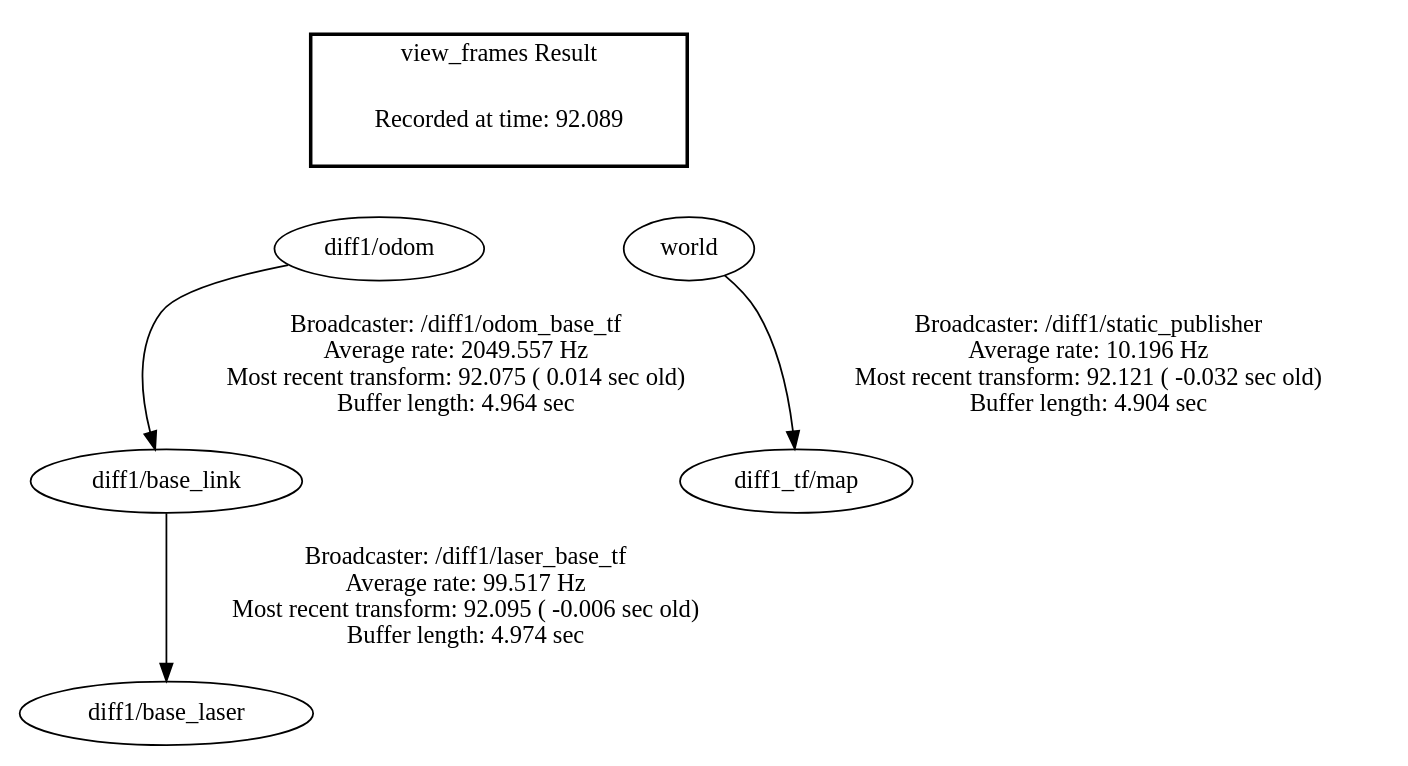
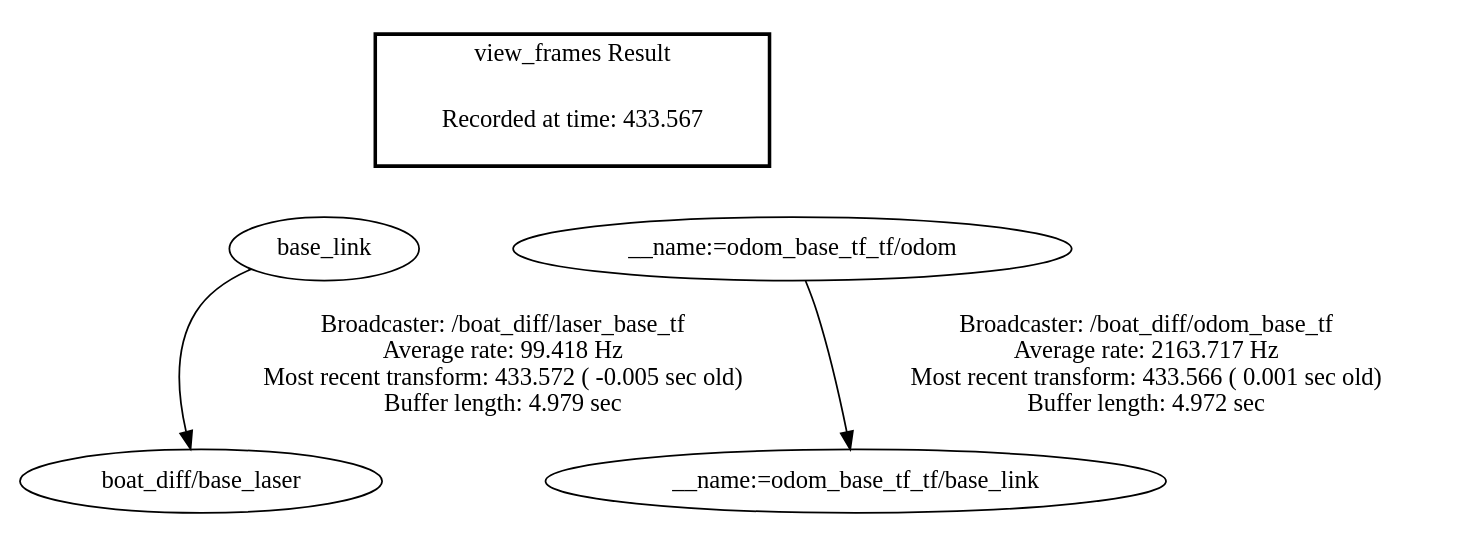
The diagram in src/usv_tf/frames/frames.gv (disaster-robotics-proalertas/usv_sim_lsa), drawn with Graphviz before and after one commit. The commit also changed 18 other files, not shown here.

Commit message:
multiple differential boats working. launch is diff_start_world.launch

```diff
--- a/src/usv_tf/frames/frames.gv
+++ b/src/usv_tf/frames/frames.gv
@@ -1,13 +1,12 @@
 digraph G {
-"diff1/base_link" -> "diff1/base_laser"[label="Broadcaster: /diff1/laser_base_tf\nAverage rate: 99.517 Hz\nMost recent transform: 92.095 ( -0.006 sec old)\nBuffer length: 4.974 sec\n"];
-"diff1/odom" -> "diff1/base_link"[label="Broadcaster: /diff1/odom_base_tf\nAverage rate: 2049.557 Hz\nMost recent transform: 92.075 ( 0.014 sec old)\nBuffer length: 4.964 sec\n"];
-"world" -> "diff1_tf/map"[label="Broadcaster: /diff1/static_publisher\nAverage rate: 10.196 Hz\nMost recent transform: 92.121 ( -0.032 sec old)\nBuffer length: 4.904 sec\n"];
+"base_link" -> "boat_diff/base_laser"[label="Broadcaster: /boat_diff/laser_base_tf\nAverage rate: 99.418 Hz\nMost recent transform: 433.572 ( -0.005 sec old)\nBuffer length: 4.979 sec\n"];
+"__name:=odom_base_tf_tf/odom" -> "__name:=odom_base_tf_tf/base_link"[label="Broadcaster: /boat_diff/odom_base_tf\nAverage rate: 2163.717 Hz\nMost recent transform: 433.566 ( 0.001 sec old)\nBuffer length: 4.972 sec\n"];
 edge [style=invis];
  subgraph cluster_legend { style=bold; color=black; label ="view_frames Result";
-"Recorded at time: 92.089"[ shape=plaintext ] ;
- }->"diff1/odom";
+"Recorded at time: 433.567"[ shape=plaintext ] ;
+ }->"base_link";
 edge [style=invis];
  subgraph cluster_legend { style=bold; color=black; label ="view_frames Result";
-"Recorded at time: 92.089"[ shape=plaintext ] ;
- }->"world";
+"Recorded at time: 433.567"[ shape=plaintext ] ;
+ }->"__name:=odom_base_tf_tf/odom";
 }
```
